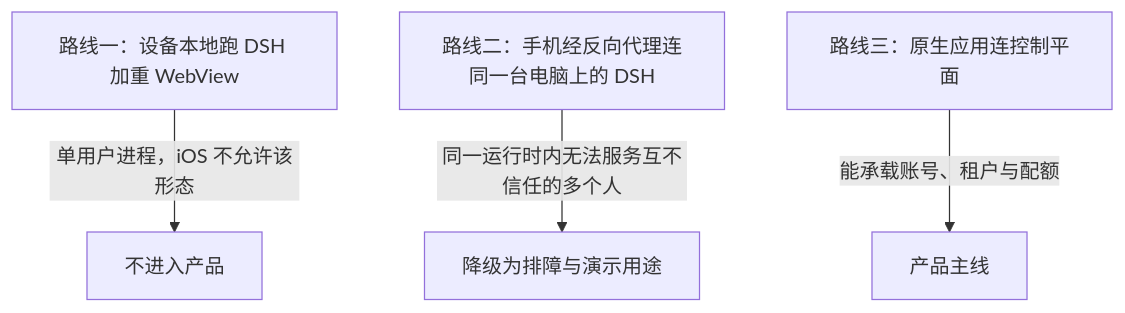
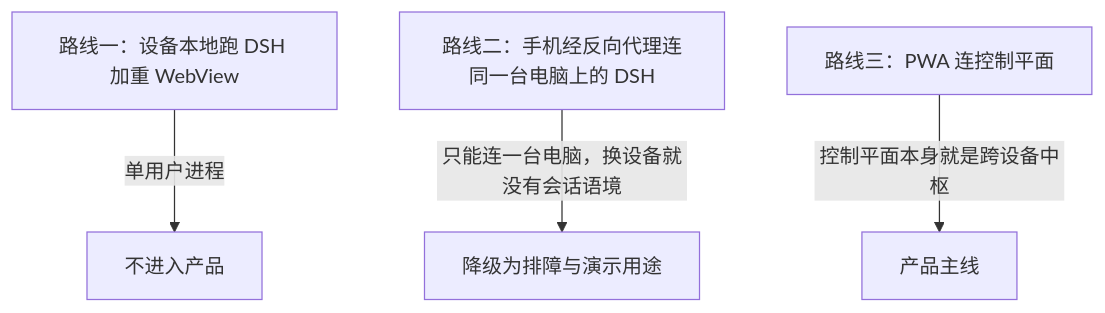
The third of 3 diagrams in runtime/docs/desktop-mobile.md (wenzetan/chatdsh), drawn with Mermaid before and after one commit. The commit also changed other lines of this file and 36 other files, not shown here.

````diff
--- a/runtime/docs/desktop-mobile.md
+++ b/runtime/docs/desktop-mobile.md
@@ -101,9 +103,9 @@
 ```mermaid
 flowchart TB
   A["路线一：设备本地跑 DSH 加重 WebView"]
   B["路线二：手机经反向代理连同一台电脑上的 DSH"]
-  C["路线三：原生应用连控制平面"]
-  A -->|单用户进程，iOS 不允许该形态| X["不进入产品"]
-  B -->|同一运行时内无法服务互不信任的多个人| Y["降级为排障与演示用途"]
-  C -->|能承载账号、租户与配额| Z["产品主线"]
+  C["路线三：PWA 连控制平面"]
+  A -->|单用户进程| X["不进入产品"]
+  B -->|只能连一台电脑，换设备就没有会话语境| Y["降级为排障与演示用途"]
+  C -->|控制平面本身就是跨设备中枢| Z["产品主线"]
 ```
````
